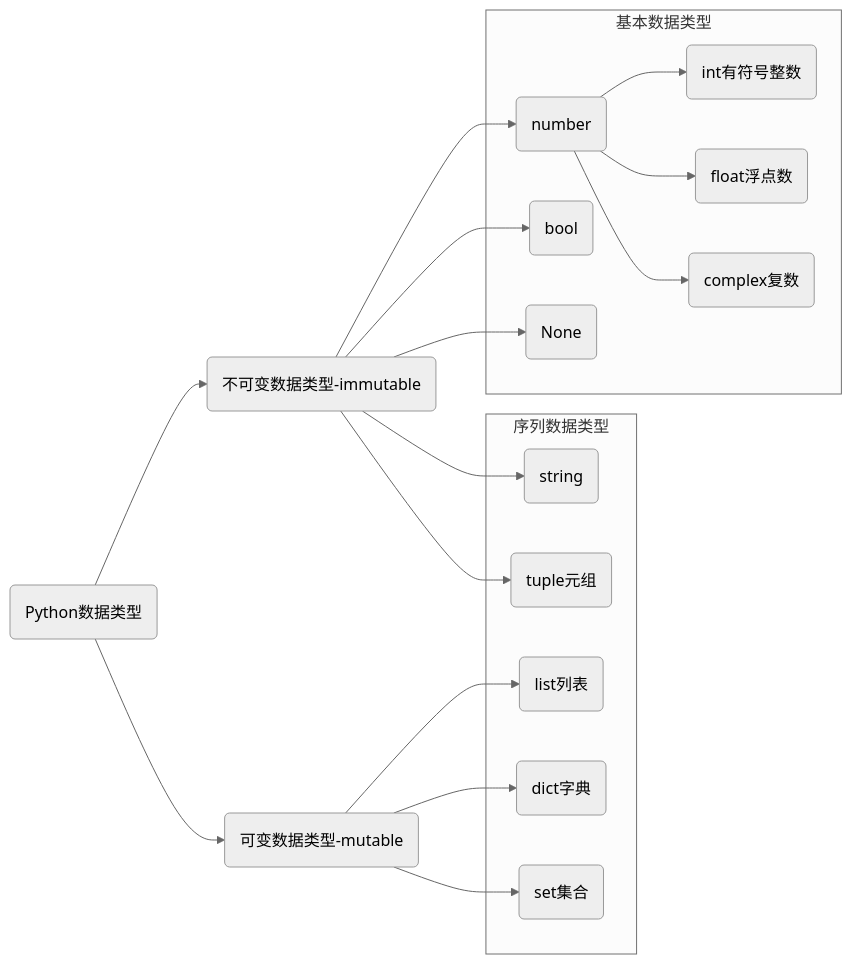
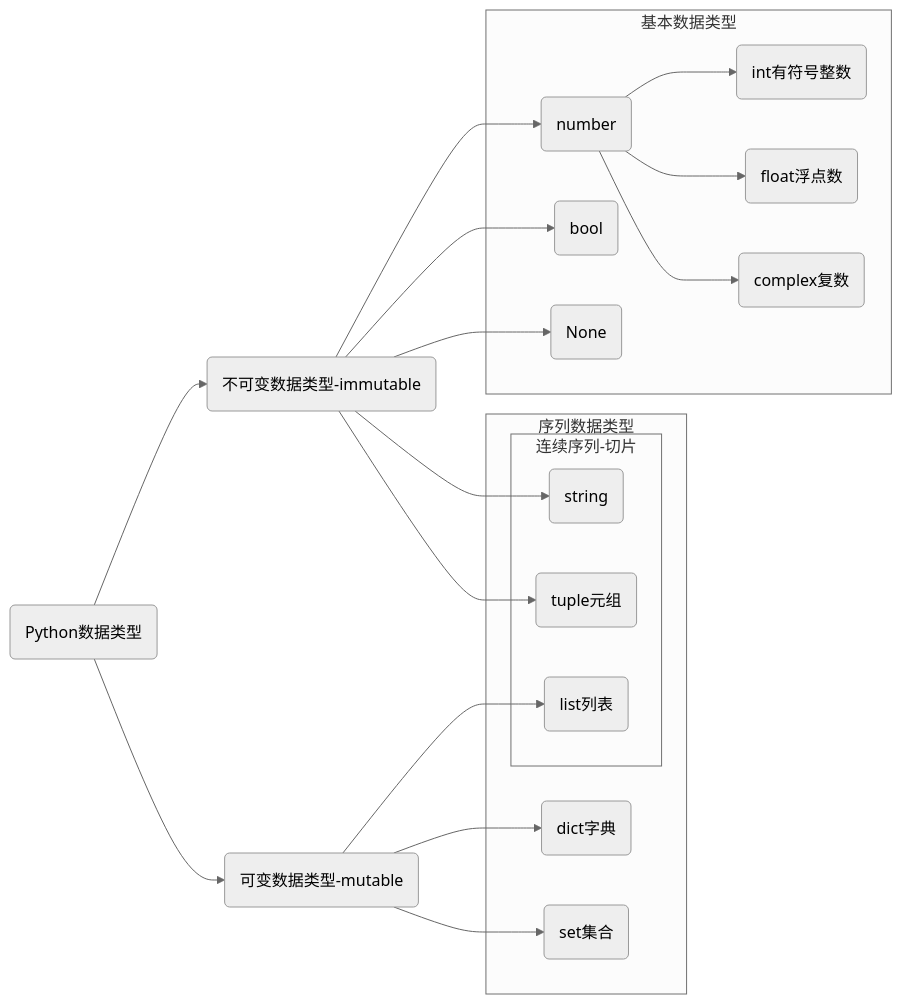
The diagram in a-base/11-类型.md (hughxusu/lesson-py), drawn with Mermaid (neutral theme) before and after one commit. The commit also changed 5 other files, not shown here.

````diff
--- a/a-base/11-类型.md
+++ b/a-base/11-类型.md
@@ -5,31 +5,33 @@
 ```mermaid
 graph LR
 a(Python数据类型)-->b(不可变数据类型-immutable)
 b-->c(number)
 b-->bool(bool)
 b-->none(None)
 c-->int(int有符号整数)
 c-->float(float浮点数)
 c-->cpx(complex复数)
 a-->d(可变数据类型-mutable)
 b-->str(string)
 b-->tup(tuple元组)
 d-->list(list列表)
 d-->dict(dict字典)
 d-->set(set集合)
 subgraph 序列数据类型
-str
-tup
-list
+	subgraph 连续序列-切片
+    str
+    tup
+    list
+   end
 dict
 set
 end
 subgraph 基本数据类型
 c
 bool
 int
 float
 cpx
 none
 end
 ```
````
